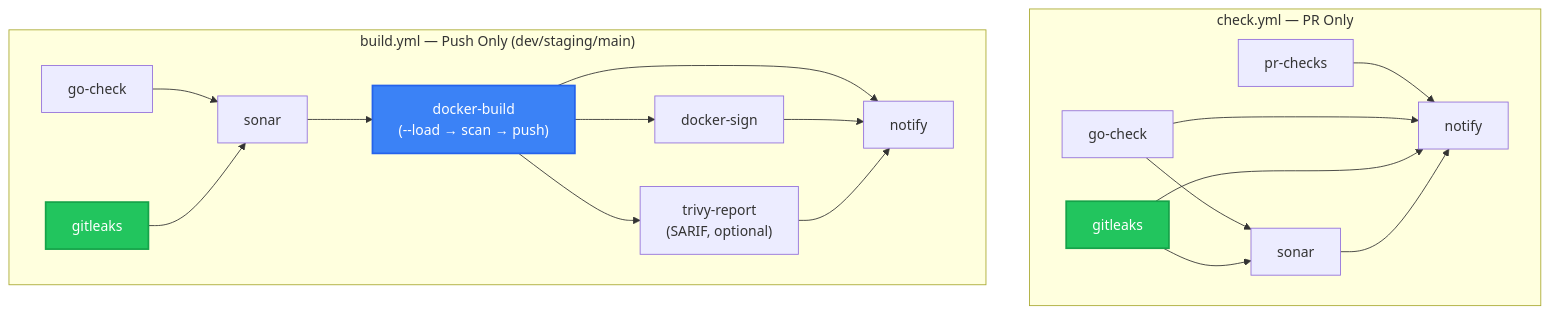
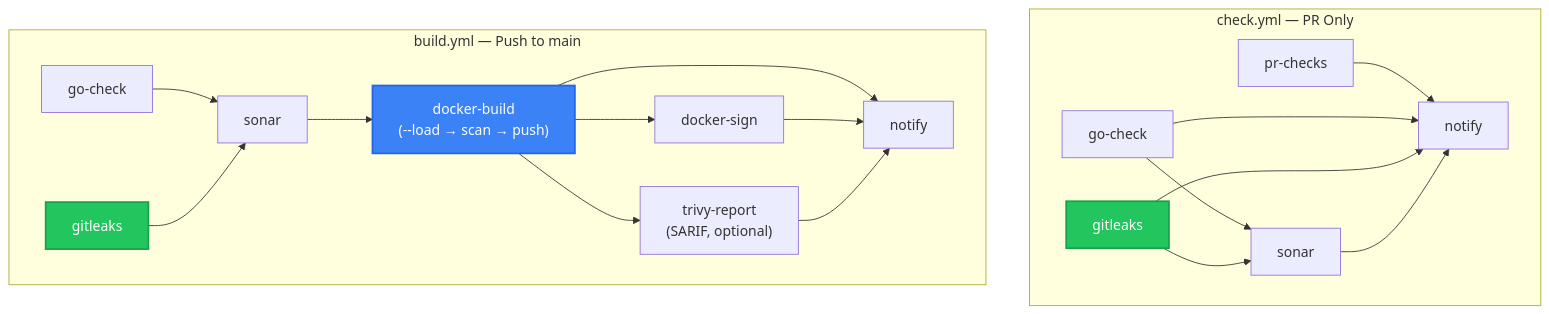
One commit to duynhlab/homelab changed the second of 13 diagrams in docs/platform/cicd.md. Above: the diagram before and after it, drawn with Mermaid. The commit also changed other lines of this file and 3 other files, not shown here.

````diff
--- a/docs/platform/cicd.md
+++ b/docs/platform/cicd.md
@@ -71,40 +79,40 @@
 ```mermaid
 flowchart TD
     subgraph check_wf["check.yml — PR Only"]
         PR[pr-checks]
         GOCHECK[go-check]
         GITLEAKS["gitleaks"]
         SONAR[sonar]
         NOTIFY_PR[notify]
     end
 
-    subgraph build_wf["build.yml — Push Only (dev/staging/main)"]
+    subgraph build_wf["build.yml — Push to main"]
         GOCHECK2[go-check]
         GITLEAKS2["gitleaks"]
         SONAR2[sonar]
         BUILD["docker-build<br/>(--load → scan → push)"]
         SIGN[docker-sign]
         TRIVY_RPT["trivy-report<br/>(SARIF, optional)"]
         NOTIFY_BUILD[notify]
     end
 
     GOCHECK --> SONAR
     GITLEAKS --> SONAR
     PR --> NOTIFY_PR
     GOCHECK --> NOTIFY_PR
     GITLEAKS --> NOTIFY_PR
     SONAR --> NOTIFY_PR
 
     GOCHECK2 --> SONAR2
     GITLEAKS2 --> SONAR2
     SONAR2 --> BUILD
     BUILD --> SIGN
     BUILD --> TRIVY_RPT
     BUILD --> NOTIFY_BUILD
     SIGN --> NOTIFY_BUILD
     TRIVY_RPT --> NOTIFY_BUILD
 
     style GITLEAKS fill:#22c55e,color:#fff,stroke:#16a34a,stroke-width:2px
     style GITLEAKS2 fill:#22c55e,color:#fff,stroke:#16a34a,stroke-width:2px
     style BUILD fill:#3b82f6,color:#fff,stroke:#2563eb,stroke-width:2px
 ```
````
